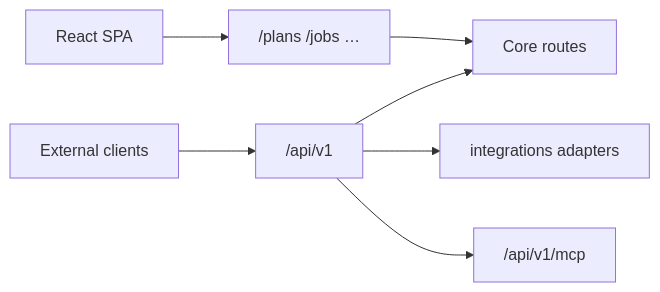
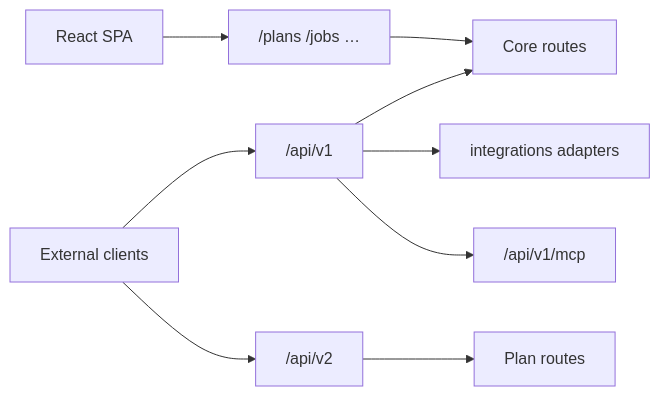
One commit to poitee/PrintPartnerPartner changed the second of 4 diagrams in docs/ARCHITECTURE.md. Above: the diagram before and after it, drawn with Mermaid. The commit also changed other lines of this file and 740 other files, not shown here.

````diff
--- a/docs/ARCHITECTURE.md
+++ b/docs/ARCHITECTURE.md
@@ -71,9 +71,11 @@
 ```mermaid
 flowchart LR
   Clients[External clients] --> V1["/api/v1"]
+  Clients --> V2["/api/v2"]
   SPA[React SPA] --> Flat["/plans /jobs …"]
   V1 --> Core[Core routes]
+  V2 --> Plans[Plan routes]
   Flat --> Core
   V1 --> Integrations[integrations adapters]
   V1 --> MCP["/api/v1/mcp"]
 ```
````
